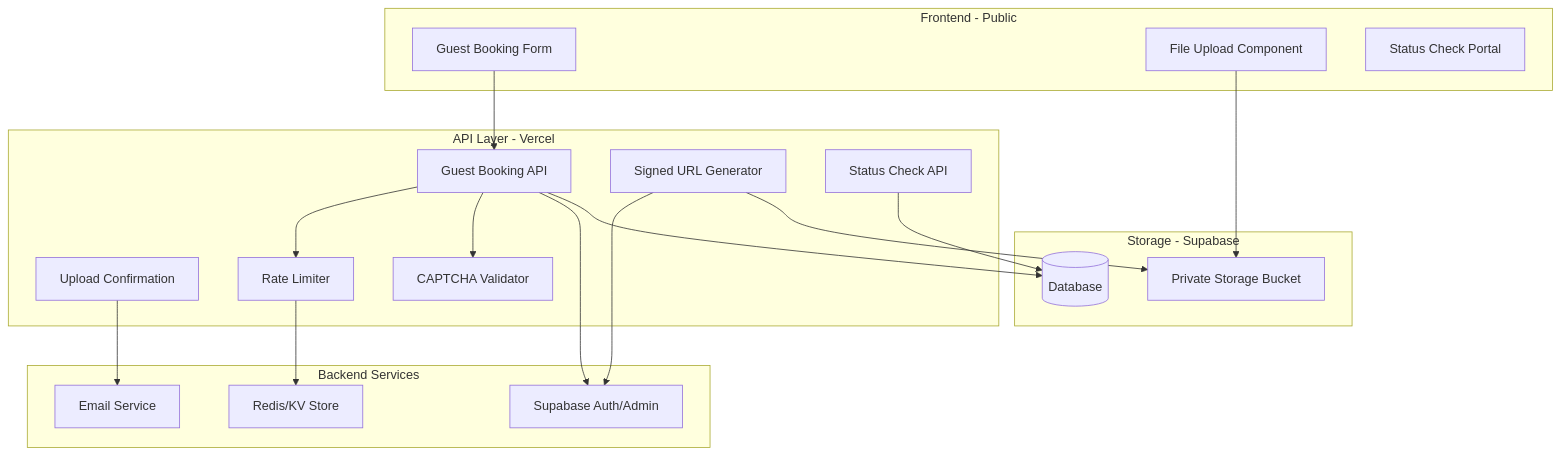
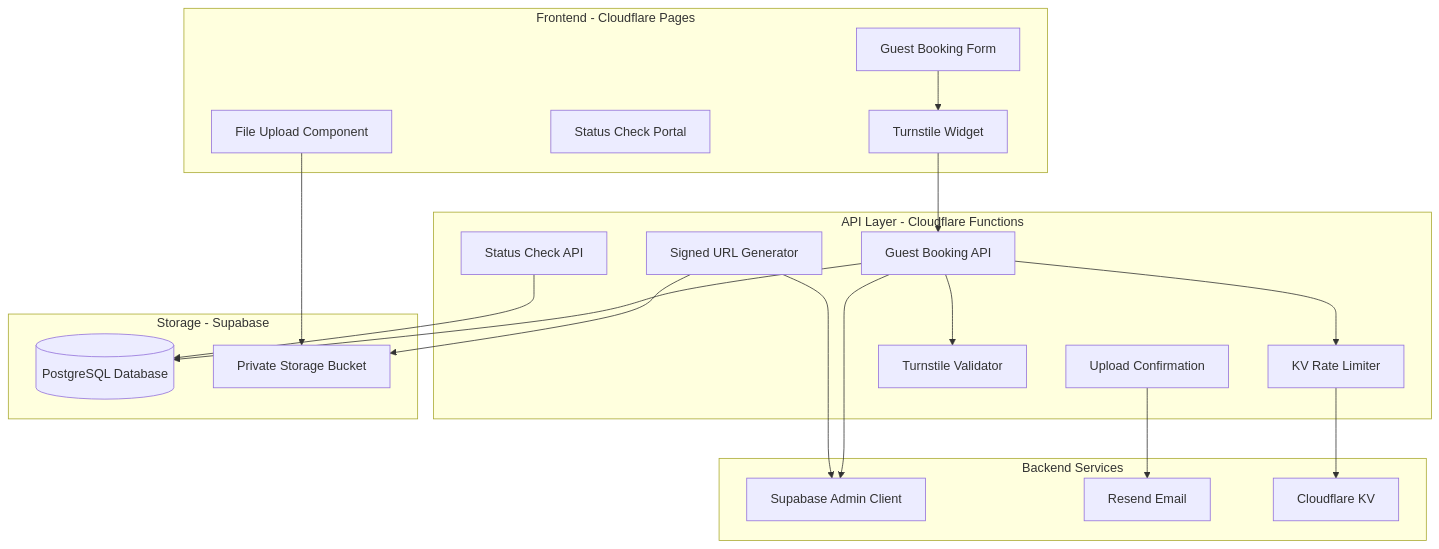
The first of 3 diagrams in docs/implementation/guest-booking-system/01-master-plan.md (okaeri-rh-dev/okaeri-resort-system), drawn with Mermaid before and after one commit. The commit also changed other lines of this file and 6 other files, not shown here.

````diff
--- a/docs/implementation/guest-booking-system/01-master-plan.md
+++ b/docs/implementation/guest-booking-system/01-master-plan.md
@@ -11,40 +13,42 @@
 ```mermaid
 graph TB
-    subgraph "Frontend - Public"
+    subgraph "Frontend - Cloudflare Pages"
         A[Guest Booking Form]
         B[File Upload Component]
         C[Status Check Portal]
+        T[Turnstile Widget]
     end
 
-    subgraph "API Layer - Vercel"
+    subgraph "API Layer - Cloudflare Functions"
         D[Guest Booking API]
         E[Signed URL Generator]
         F[Upload Confirmation]
         G[Status Check API]
-        H[Rate Limiter]
-        I[CAPTCHA Validator]
+        H[KV Rate Limiter]
+        I[Turnstile Validator]
     end
 
     subgraph "Backend Services"
-        J[Supabase Auth/Admin]
-        K[Email Service]
-        L[Redis/KV Store]
+        J[Supabase Admin Client]
+        K[Resend Email]
+        L[Cloudflare KV]
     end
 
     subgraph "Storage - Supabase"
-        M[(Database)]
+        M[(PostgreSQL Database)]
         N[Private Storage Bucket]
     end
 
-    A --> D
+    A --> T
+    T --> D
     D --> H
     D --> I
     D --> J
     D --> M
     E --> J
     E --> N
     B --> N
     F --> K
     G --> M
     H --> L
 ```
````
